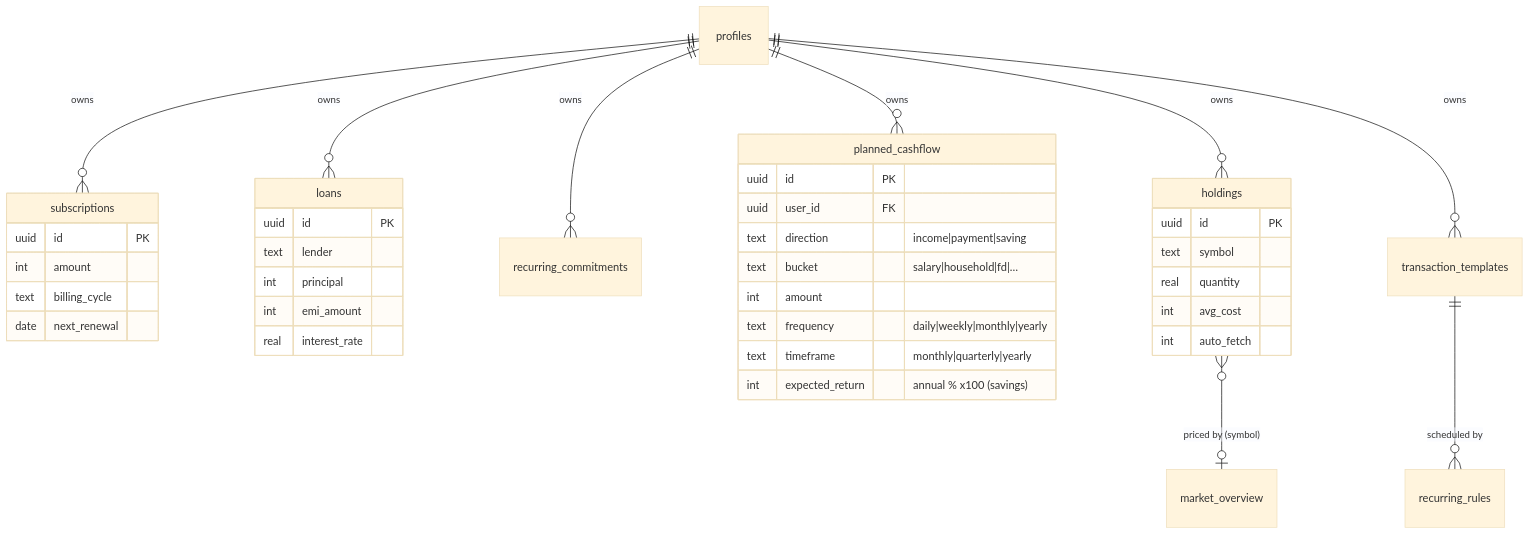
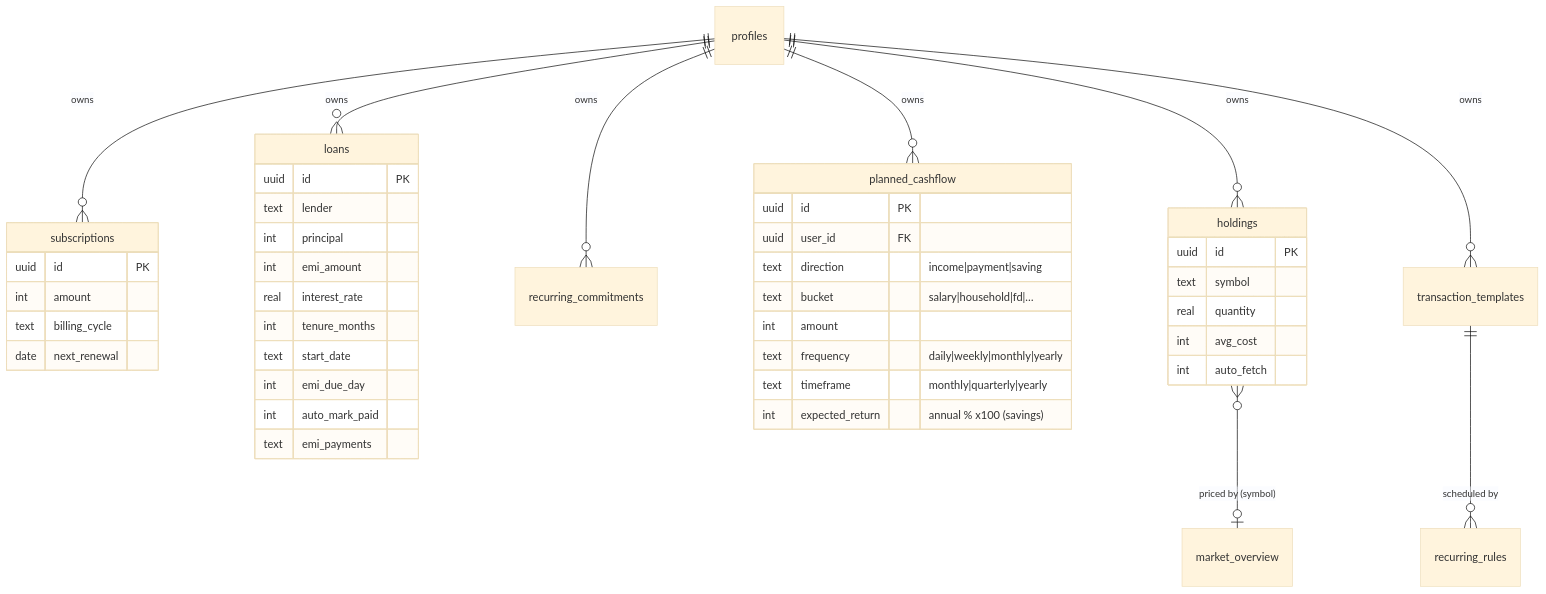
The second of 5 diagrams in docs/architecture/02-data-model.md (replyto-pocketcare/pocketcare-app), drawn with Mermaid (base theme) before and after one commit. The commit also changed 14 other files, not shown here.

Commit message:
feat(loans): EMI due-dates + auto-mark-paid, EMI→ledger option, grouped-input rollout

````diff
--- a/docs/architecture/02-data-model.md
+++ b/docs/architecture/02-data-model.md
@@ -68,42 +68,47 @@
 ```mermaid
 erDiagram
     profiles ||--o{ subscriptions : owns
     profiles ||--o{ loans : owns
     profiles ||--o{ recurring_commitments : owns
     profiles ||--o{ planned_cashflow : owns
     profiles ||--o{ holdings : owns
     profiles ||--o{ transaction_templates : owns
     transaction_templates ||--o{ recurring_rules : "scheduled by"
 
     planned_cashflow {
         uuid id PK
         uuid user_id FK
         text direction "income|payment|saving"
         text bucket "salary|household|fd|…"
         int  amount
         text frequency "daily|weekly|monthly|yearly"
         text timeframe "monthly|quarterly|yearly"
         int  expected_return "annual % x100 (savings)"
     }
     subscriptions {
         uuid id PK
         int  amount
         text billing_cycle
         date next_renewal
     }
     loans {
         uuid id PK
         text lender
         int  principal
         int  emi_amount
         real interest_rate
+        int  tenure_months
+        text start_date
+        int  emi_due_day
+        int  auto_mark_paid
+        text emi_payments
     }
     holdings {
         uuid id PK
         text symbol
         real quantity
         int  avg_cost
         int  auto_fetch
     }
     holdings }o--o| market_overview : "priced by (symbol)"
 ```
````
